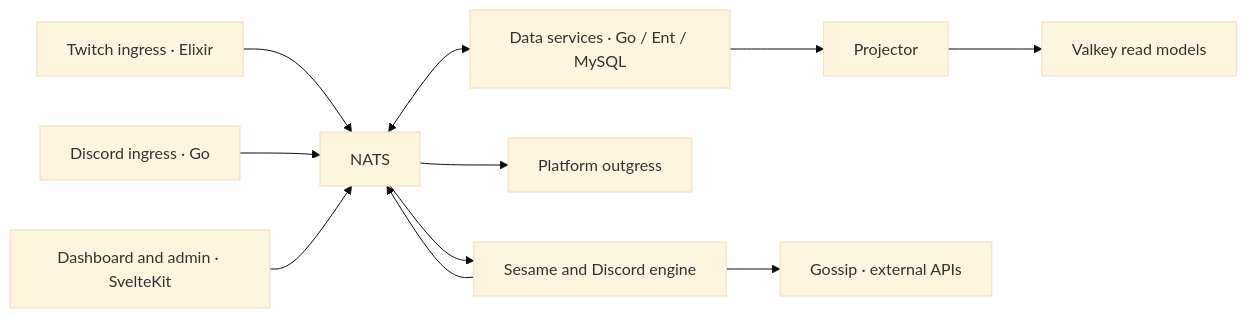
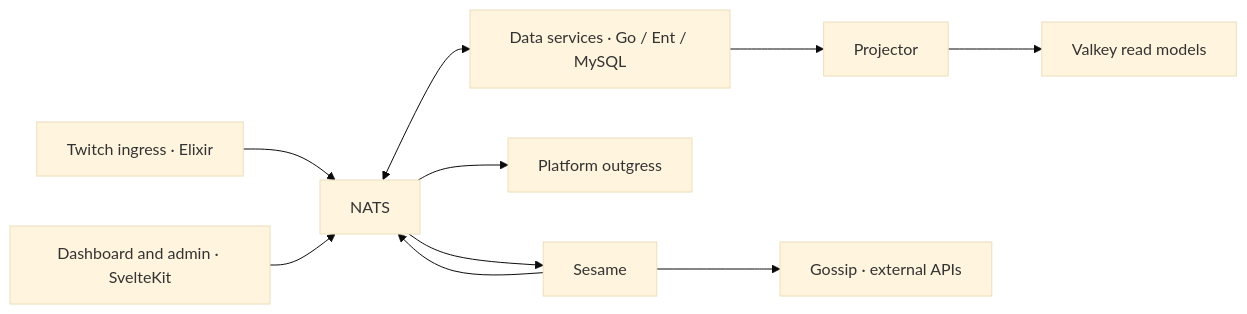
Before and after one commit to AdamOusmer/ItsBagelBot: the diagram in README.md, drawn with Mermaid (base theme). The commit also changed other lines of this file and 780 other files, not shown here.

````diff
--- a/README.md
+++ b/README.md
@@ -23,13 +23,12 @@
 ```mermaid
 flowchart LR
     Twitch["Twitch ingress · Elixir"] --> Bus["NATS"]
-    Discord["Discord ingress · Go"] --> Bus
-    Bus --> Engines["Sesame and Discord engine"]
+    Bus --> Engines["Sesame"]
     Engines --> Bus
     Bus --> Outgress["Platform outgress"]
     Web["Dashboard and admin · SvelteKit"] --> Bus
     Bus <--> Owners["Data services · Go / Ent / MySQL"]
     Owners --> Projector["Projector"]
     Projector --> State["Valkey read models"]
     Engines --> Gossip["Gossip · external APIs"]
 ```
````
